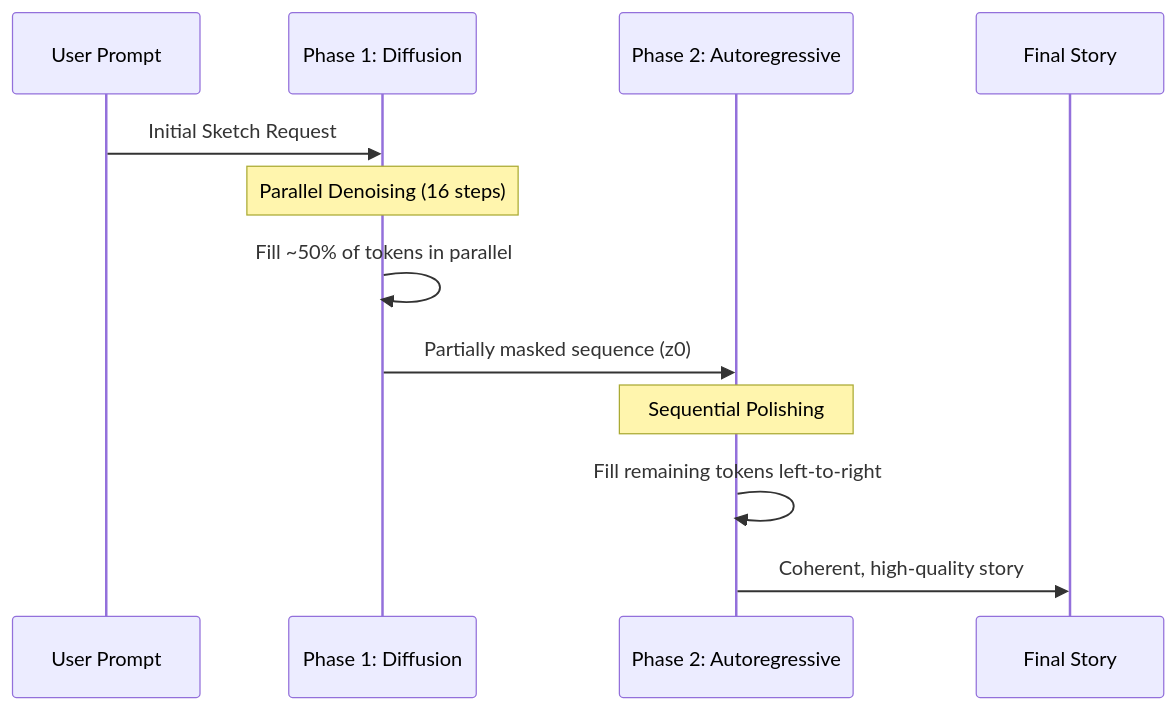
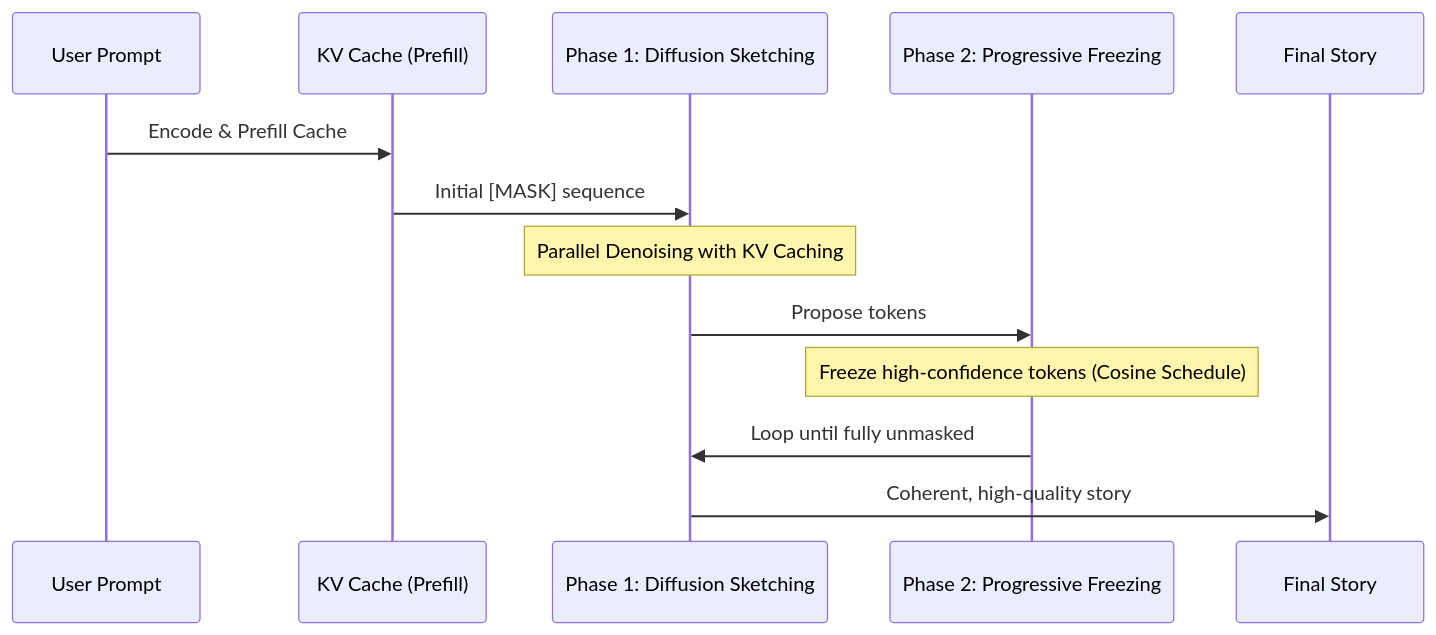
Before and after one commit to GReturn/Esoteric-Tiny-Stories: the first of 2 diagrams in README.md, drawn with Mermaid. The commit also changed other lines of this file and 1 other file, not shown here.

````diff
--- a/README.md
+++ b/README.md
@@ -20,15 +19,16 @@
 ```mermaid
 sequenceDiagram
     participant U as User Prompt
-    participant D as Phase 1: Diffusion
-    participant A as Phase 2: Autoregressive
+    participant C as KV Cache (Prefill)
+    participant D as Phase 1: Diffusion Sketching
+    participant A as Phase 2: Progressive Freezing
     participant O as Final Story
 
-    U->>D: Initial Sketch Request
-    Note over D: Parallel Denoising (16 steps)
-    D->>D: Fill ~50% of tokens in parallel
-    D->>A: Partially masked sequence (z0)
-    Note over A: Sequential Polishing
-    A->>A: Fill remaining tokens left-to-right
-    A->>O: Coherent, high-quality story
+    U->>C: Encode & Prefill Cache
+    C->>D: Initial [MASK] sequence
+    Note over D: Parallel Denoising with KV Caching
+    D->>A: Propose tokens
+    Note over A: Freeze high-confidence tokens (Cosine Schedule)
+    A->>D: Loop until fully unmasked
+    D->>O: Coherent, high-quality story
 ```
````
